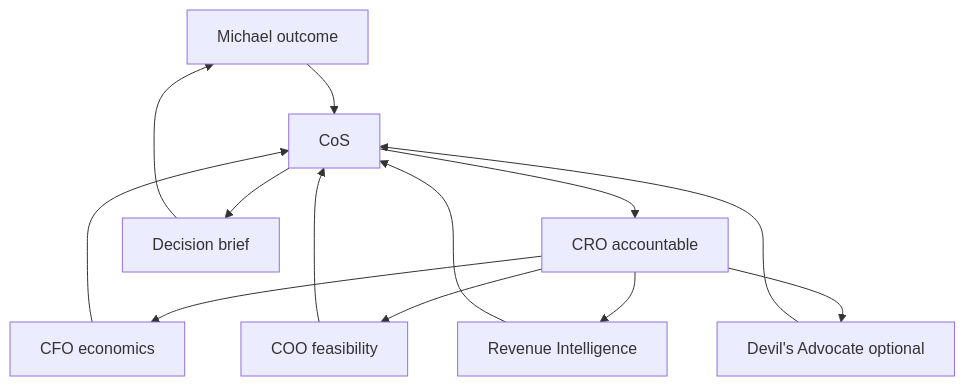
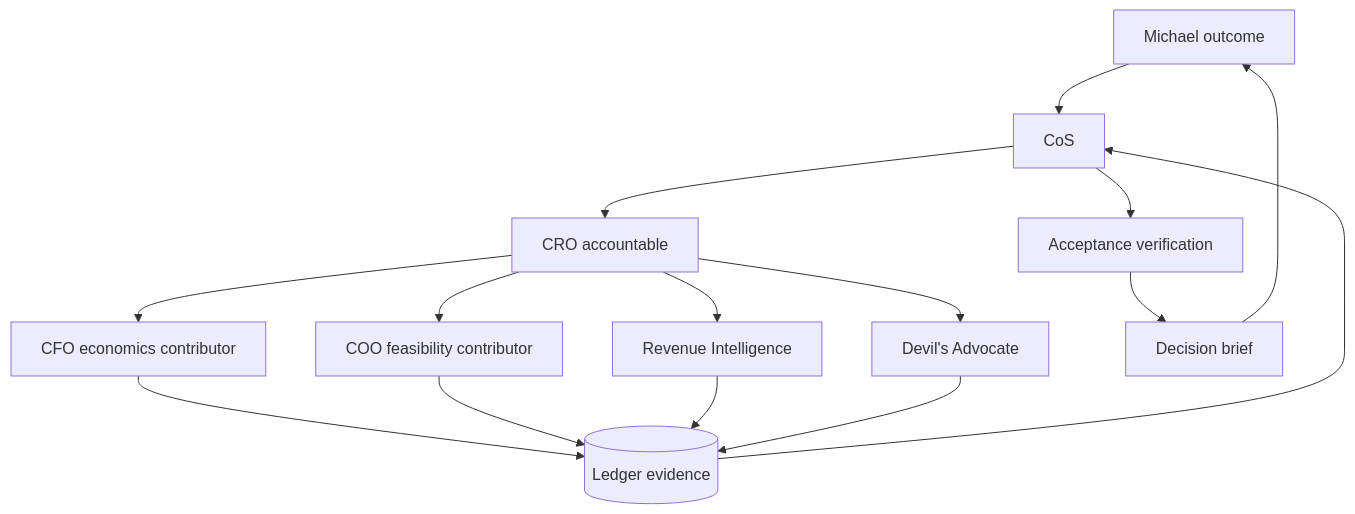
Before and after one commit to mkleinbe/mesh-ai-agent-cos-universe: the seventh of 7 diagrams in docs/architecture.md, drawn with Mermaid. The commit also changed other lines of this file, not shown here.

Commit message:
docs: align architecture with Phase 1 executable services

````diff
--- a/docs/architecture.md
+++ b/docs/architecture.md
@@ -69,15 +127,17 @@
 ```mermaid
 flowchart TD
 M[Michael outcome]-->C[CoS]
 C-->R[CRO accountable]
-R-->F[CFO economics]
-R-->O[COO feasibility]
+R-->F[CFO economics contributor]
+R-->O[COO feasibility contributor]
 R-->RI[Revenue Intelligence]
-R-->D[Devil's Advocate optional]
-F-->C
-O-->C
-RI-->C
-D-->C
-C-->B[Decision brief]
+R-->D[Devil's Advocate]
+F-->L[(Ledger evidence)]
+O-->L
+RI-->L
+D-->L
+L-->C
+C-->V[Acceptance verification]
+V-->B[Decision brief]
 B-->M
 ```
````
